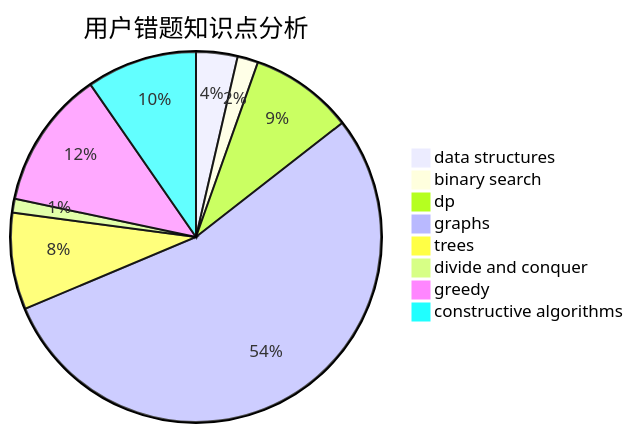
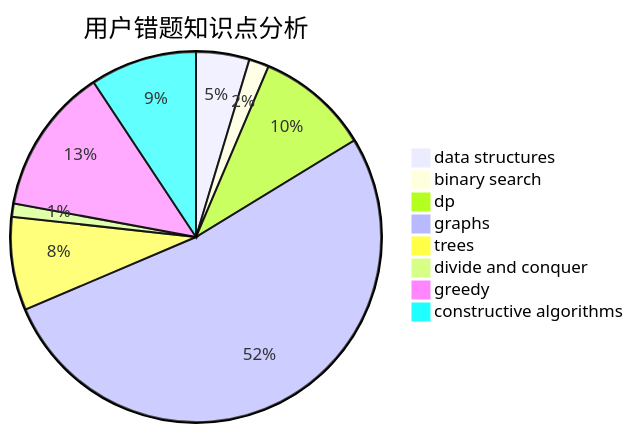
One commit to sherpahu/cfrs.github.io changed the third of 3 diagrams in docs/user/u805.md. Above: the diagram before and after it, drawn with Mermaid. The commit also changed other lines of this file and 2770 other files, not shown here.

````diff
--- a/docs/user/u805.md
+++ b/docs/user/u805.md
@@ -36,11 +36,11 @@
 ```mermaid
 pie title 用户错题知识点分析
-    "data structures" :  6
+    "data structures" :  8
     "binary search" :  3
-    "dp" :  15
+    "dp" :  17
     "graphs" :  90
     "trees" :  14
     "divide and conquer" :  2
-    "greedy" :  20
+    "greedy" :  22
     "constructive algorithms" :  16
 ```
````
